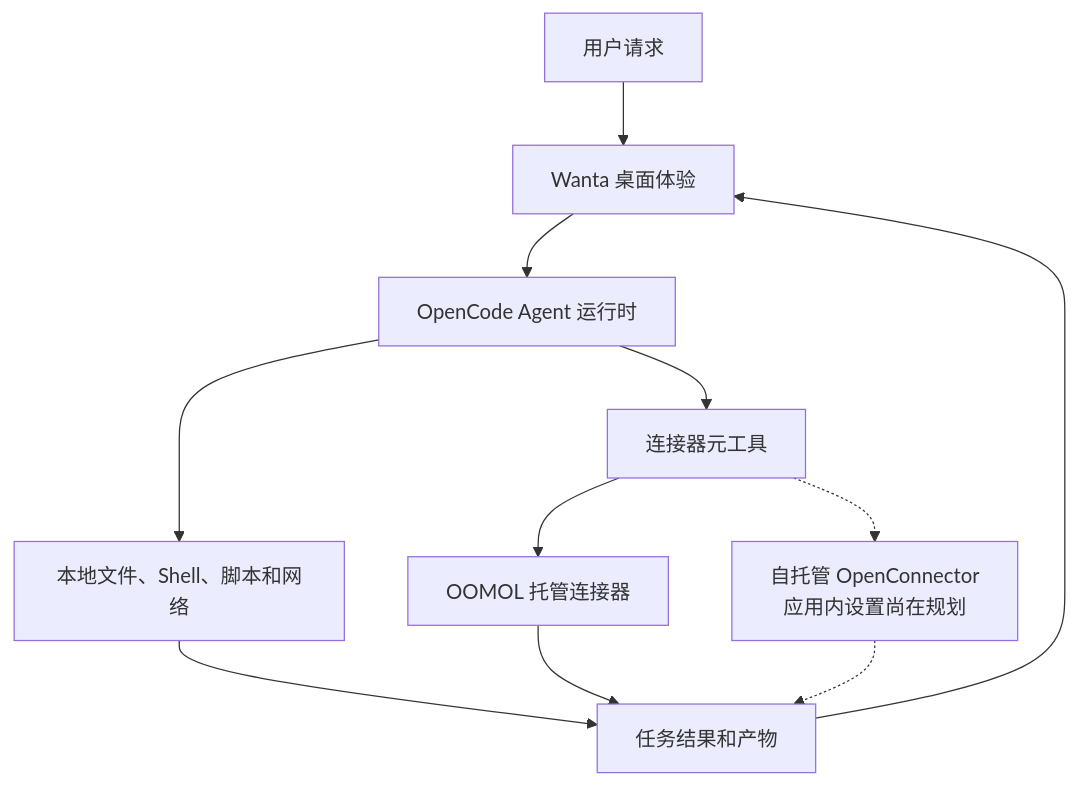
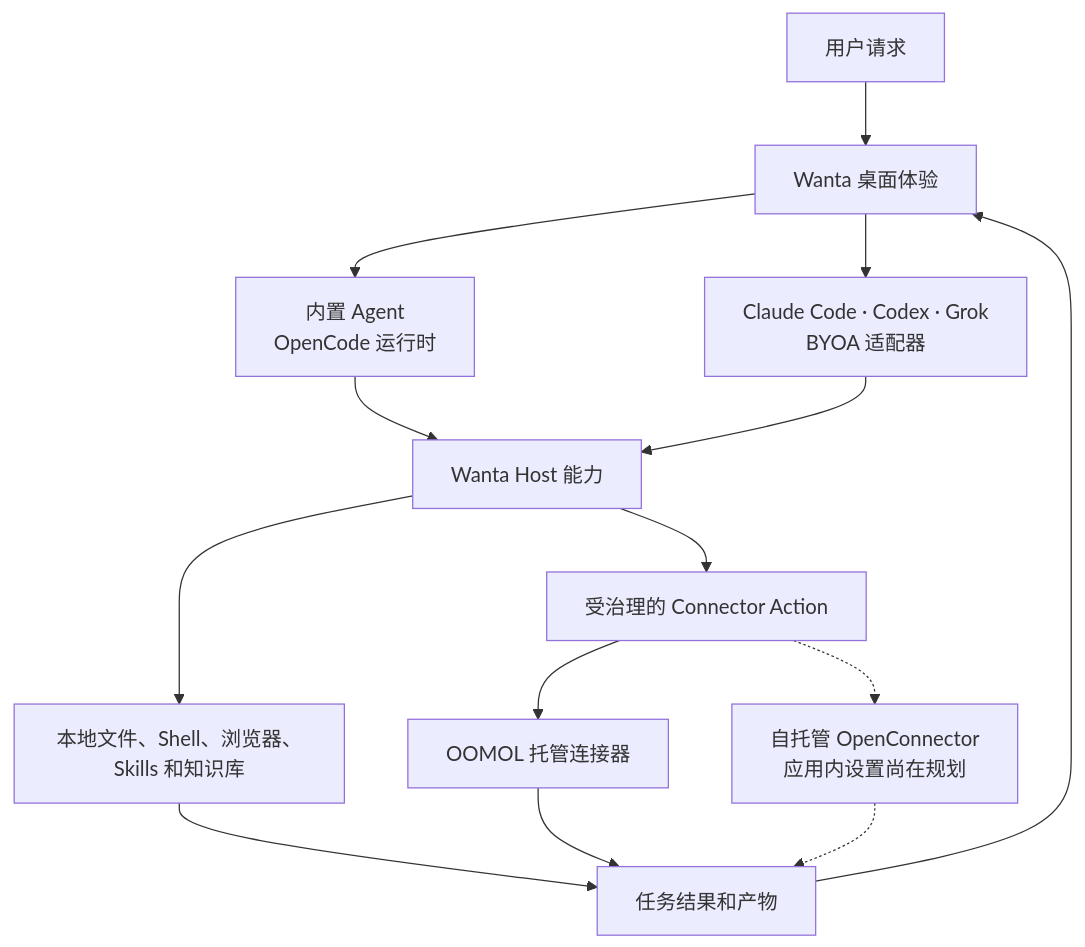
Before and after one commit to oomol-lab/wanta: the diagram in README.zh-CN.md, drawn with Mermaid. The commit also changed other lines of this file and 6 other files, not shown here.

First line of the commit message:
docs: highlight Wanta's open agent platform (#365)

````diff
--- a/README.zh-CN.md
+++ b/README.zh-CN.md
@@ -138,13 +194,16 @@
 ```mermaid
 flowchart TB
   User["用户请求"] --> UI["Wanta 桌面体验"]
-  UI --> Agent["OpenCode Agent 运行时"]
-  Agent --> Local["本地文件、Shell、脚本和网络"]
-  Agent --> Link["连接器元工具"]
+  UI --> BuiltIn["内置 Agent<br/>OpenCode 运行时"]
+  UI --> BYOA["Claude Code · Codex · Grok<br/>BYOA 适配器"]
+  BuiltIn --> Host["Wanta Host 能力"]
+  BYOA --> Host
+  Host --> Local["本地文件、Shell、浏览器、Skills 和知识库"]
+  Host --> Link["受治理的 Connector Action"]
   Link --> Hosted["OOMOL 托管连接器"]
   Link -.-> SelfHosted["自托管 OpenConnector<br/>应用内设置尚在规划"]
   Local --> Result["任务结果和产物"]
   Hosted --> Result
   SelfHosted -.-> Result
   Result --> UI
 ```
````
